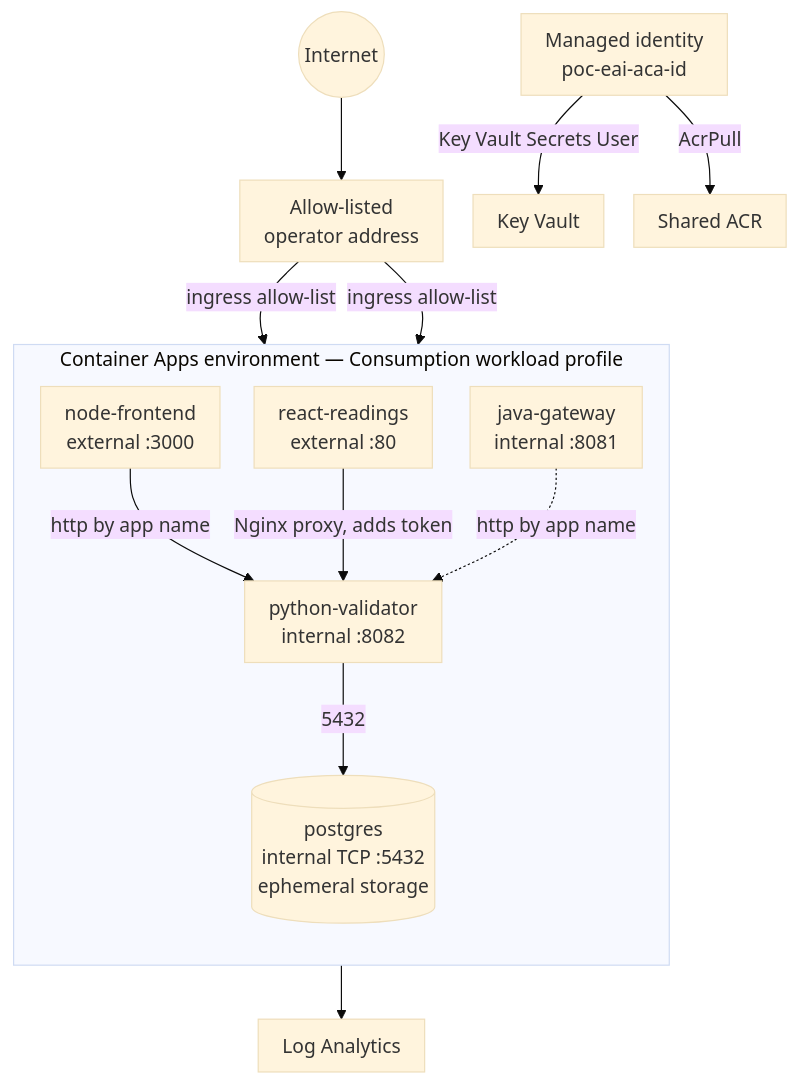
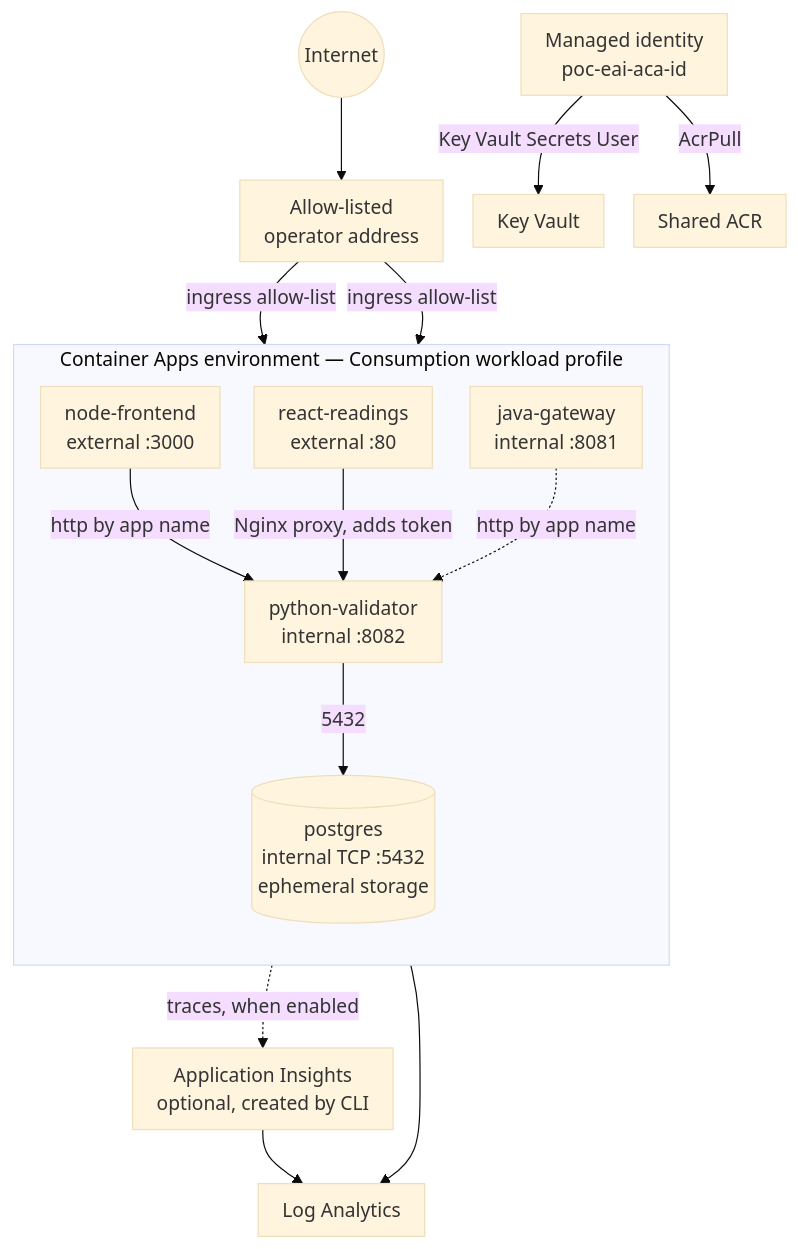
The second of 4 diagrams in docs/INFRA_VIEW_AZURE.md (nikmar0808/eai-azure-poc), drawn with Mermaid before and after one commit. The commit also changed other lines of this file and 3 other files, not shown here.

````diff
--- a/docs/INFRA_VIEW_AZURE.md
+++ b/docs/INFRA_VIEW_AZURE.md
@@ -51,31 +51,34 @@
 ```mermaid
 %%{init: {"theme":"base","themeVariables":{"fontFamily":"Arial","fontSize":"16px"},"flowchart":{"nodeSpacing":25,"rankSpacing":45,"padding":10}}}%%
 flowchart TB
     Internet(("Internet"))
     OperatorIP["Allow-listed\noperator address"]
 
     subgraph ENV["Container Apps environment — Consumption workload profile"]
         direction TB
         Node["node-frontend\nexternal :3000"]
         React["react-readings\nexternal :80"]
         Python["python-validator\ninternal :8082"]
         Java["java-gateway\ninternal :8081"]
         PG[("postgres\ninternal TCP :5432\nephemeral storage")]
     end
 
     KV["Key Vault"]
     ACR["Shared ACR"]
     MI["Managed identity\npoc-eai-aca-id"]
     LAW["Log Analytics"]
+    AI["Application Insights\noptional, created by CLI"]
 
     Internet --> OperatorIP
     OperatorIP -->|"ingress allow-list"| Node
     OperatorIP -->|"ingress allow-list"| React
     Node -->|"http by app name"| Python
     React -->|"Nginx proxy, adds token"| Python
     Java -.->|"http by app name"| Python
     Python -->|"5432"| PG
     MI -->|"AcrPull"| ACR
     MI -->|"Key Vault Secrets User"| KV
     ENV --> LAW
+    ENV -.->|"traces, when enabled"| AI
+    AI --> LAW
 ```
````
